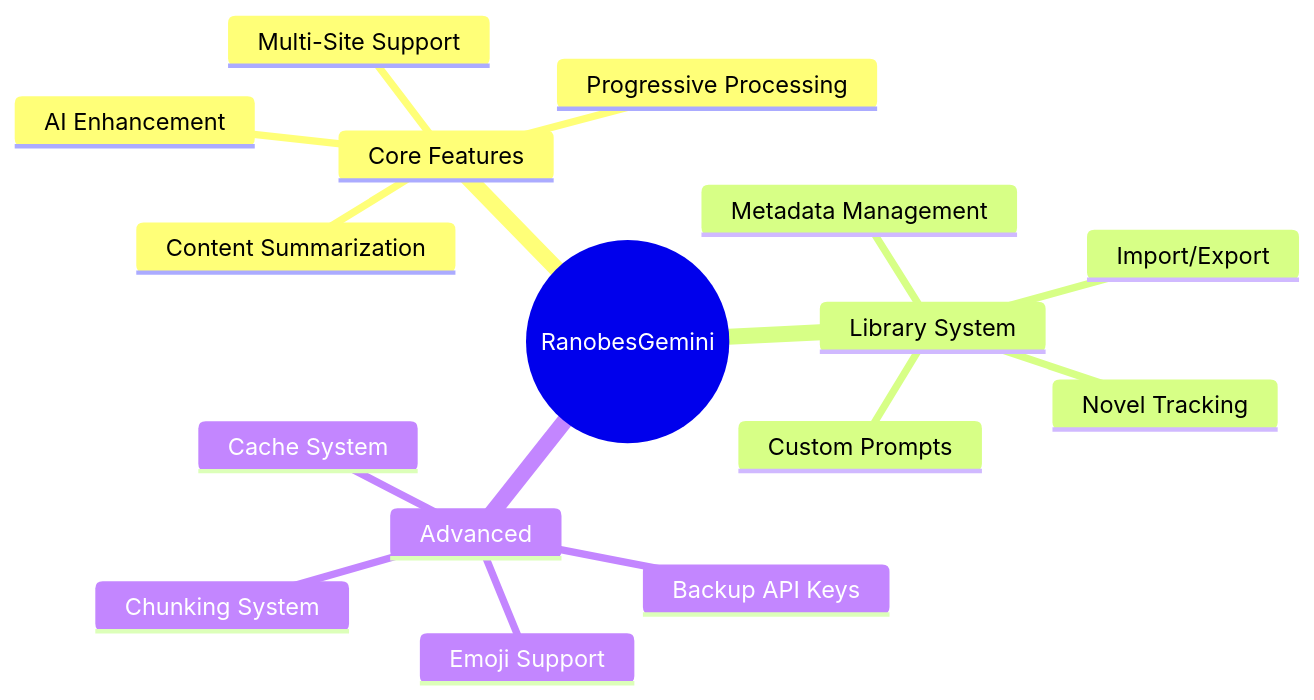
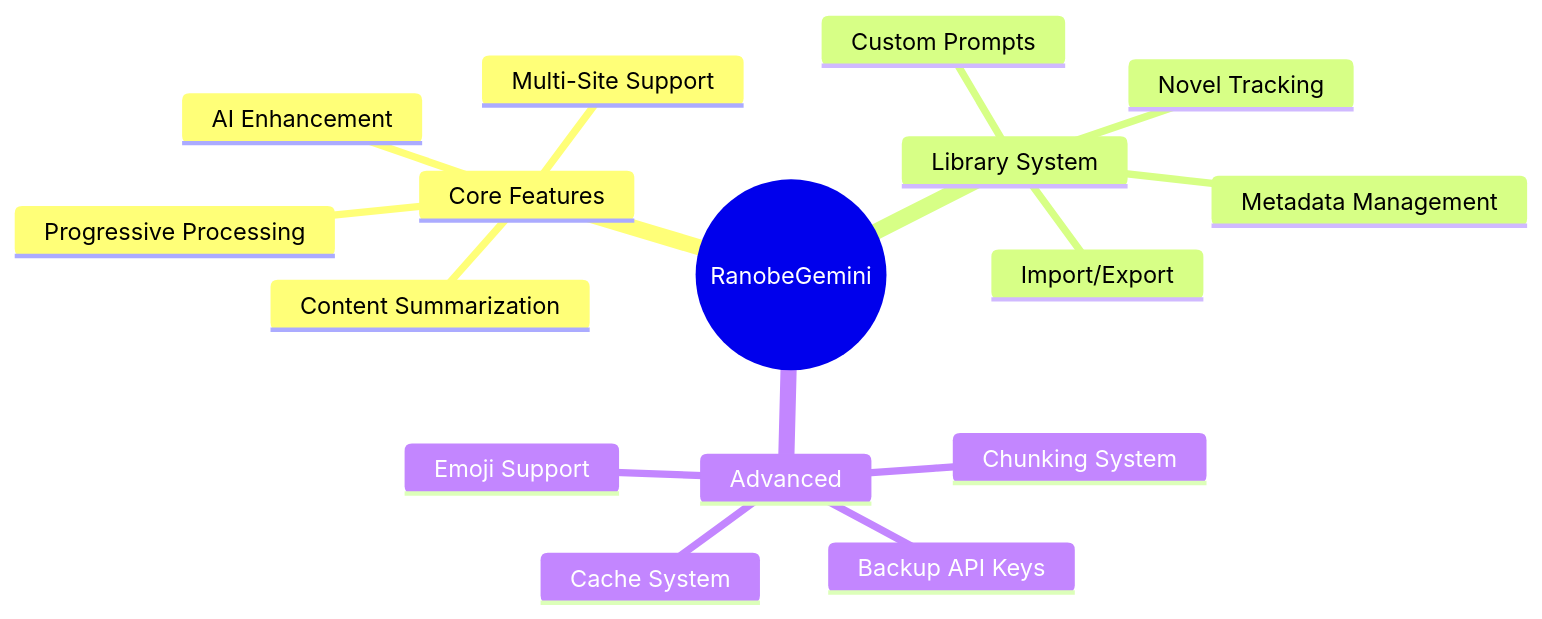
One commit to Life-Experimentalist/RanobeGemini changed the first of 2 diagrams in docs/README.md. Above: the diagram before and after it, drawn with Mermaid. The commit also changed other lines of this file and 11 other files, not shown here.

First line of the commit message:
docs: use canonical RanobeGemini spelling; drop two unverifiable claims

````diff
--- a/docs/README.md
+++ b/docs/README.md
@@ -140,19 +140,19 @@
 ```mermaid
 mindmap
-  root((RanobesGemini))
+  root((RanobeGemini))
     Core Features
       AI Enhancement
       Content Summarization
       Multi-Site Support
       Progressive Processing
     Library System
       Novel Tracking
       Metadata Management
       Custom Prompts
       Import/Export
     Advanced
       Backup API Keys
       Chunking System
       Emoji Support
       Cache System
 ```
````
